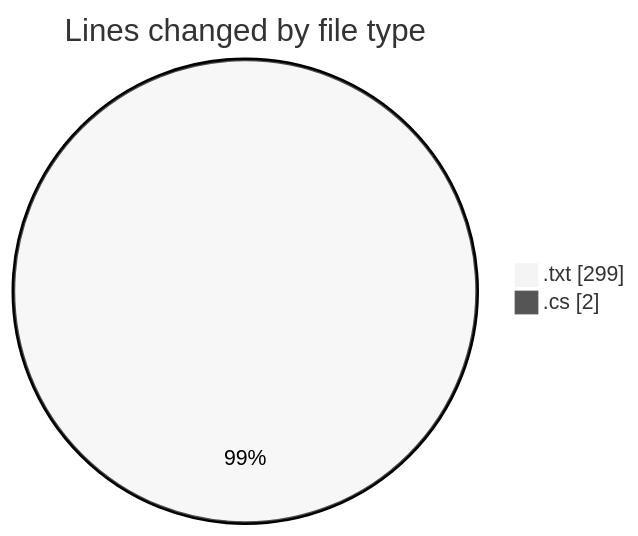
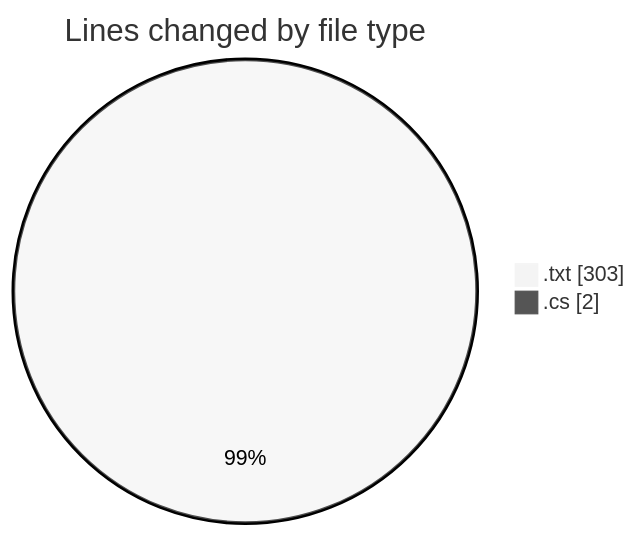
One commit to lephambinh05/code-tracking changed the first of 2 diagrams in 2025-07-26/quanlyrapchieuphim-1/README.md. Above: the diagram before and after it, drawn with Mermaid (neutral theme). The commit also changed other lines of this file and 1 other file, not shown here.

````diff
--- a/2025-07-26/quanlyrapchieuphim-1/README.md
+++ b/2025-07-26/quanlyrapchieuphim-1/README.md
@@ -21,6 +21,6 @@
 ```mermaid
 pie showData
 title Lines changed by file type
-".txt" : 299
+".txt" : 303
 ".cs" : 2
 ```
````
